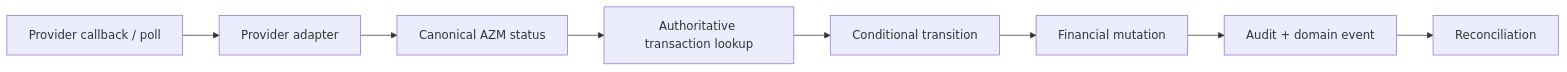
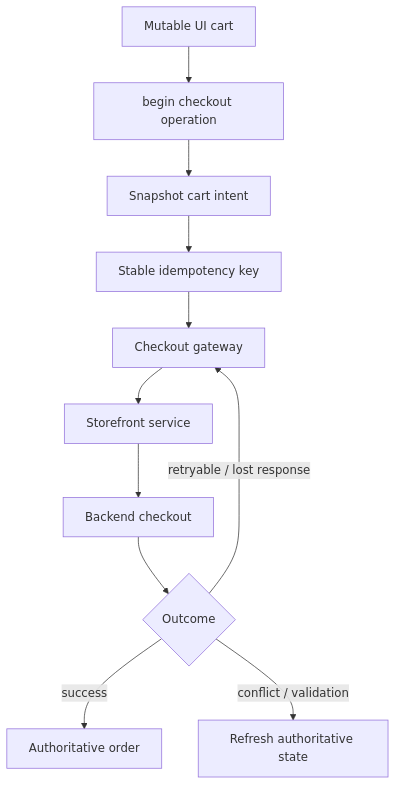
Before and after one commit to AzamanLTD/AZM-Planning: the second of 3 diagrams in deep-dives/checkout-economic-operation.md, drawn with Mermaid. The commit also changed other lines of this file, not shown here.

Commit message:
docs: record checkout operation lifecycle findings

````diff
--- a/deep-dives/checkout-economic-operation.md
+++ b/deep-dives/checkout-economic-operation.md
@@ -62,10 +64,13 @@
 ```mermaid
-flowchart LR
-    A[Provider callback / poll] --> B[Provider adapter]
-    B --> C[Canonical AZM status]
-    C --> D[Authoritative transaction lookup]
-    D --> E[Conditional transition]
-    E --> F[Financial mutation]
-    F --> G[Audit + domain event]
-    G --> H[Reconciliation]
+flowchart TD
+    A[Mutable UI cart] --> B[begin checkout operation]
+    B --> C[Snapshot cart intent]
+    C --> D[Stable idempotency key]
+    D --> E[Checkout gateway]
+    E --> F[Storefront service]
+    F --> G[Backend checkout]
+    G --> H{Outcome}
+    H -->|success| I[Authoritative order]
+    H -->|retryable / lost response| E
+    H -->|conflict / validation| J[Refresh authoritative state]
 ```
````
